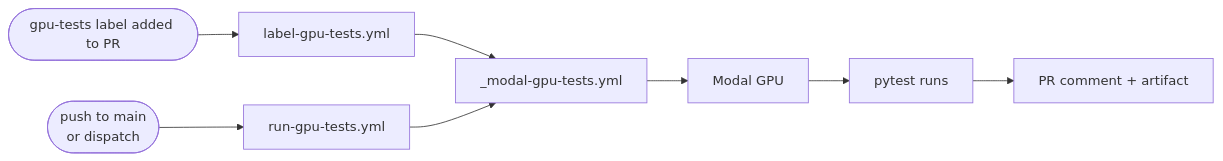
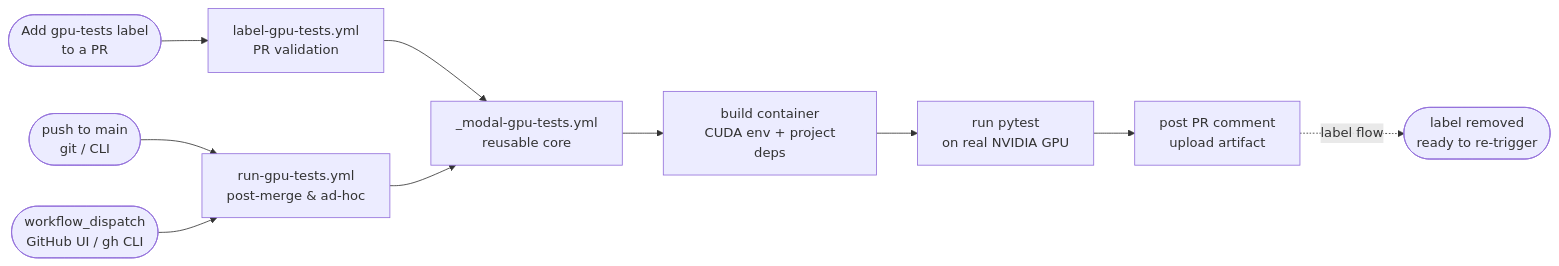
One commit to Borda/affordable-GPU-CI changed the diagram in README.md. Above: the diagram before and after it, drawn with Mermaid. The commit also changed other lines of this file, not shown here.

Commit message:
Refine README with updated GPU workflow diagram and streamlined descriptions

````diff
--- a/README.md
+++ b/README.md
@@ -19,9 +19,11 @@
 ```mermaid
 flowchart LR
-    A([gpu-tests label added to PR]) --> B[label-gpu-tests.yml]
-    C([push to main\nor dispatch]) --> D[run-gpu-tests.yml]
-    B & D --> E[_modal-gpu-tests.yml]
-    E --> F[Modal GPU]
-    F --> G[pytest runs]
-    G --> H[PR comment + artifact]
+    A([Add gpu-tests label\n to a PR]) --> B[label-gpu-tests.yml\n PR validation]
+    C([push to main\n git / CLI]) --> D[run-gpu-tests.yml\n post-merge & ad-hoc]
+    E([workflow_dispatch\n GitHub UI / gh CLI]) --> D
+    B & D --> F[_modal-gpu-tests.yml\n reusable core]
+    F --> G[build container\n CUDA env + project deps]
+    G --> H[run pytest\n on real NVIDIA GPU]
+    H --> I[post PR comment\n upload artifact]
+    I -.->|label flow| J([label removed\n ready to re-trigger])
 ```
````
